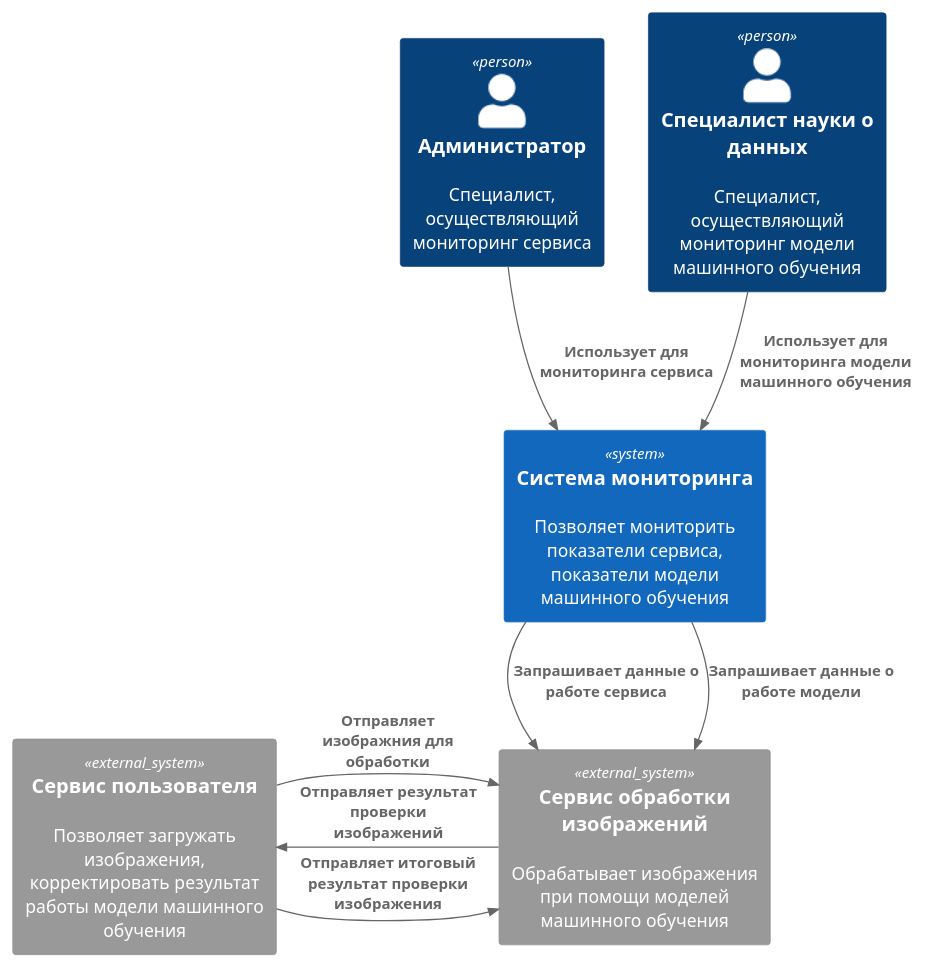
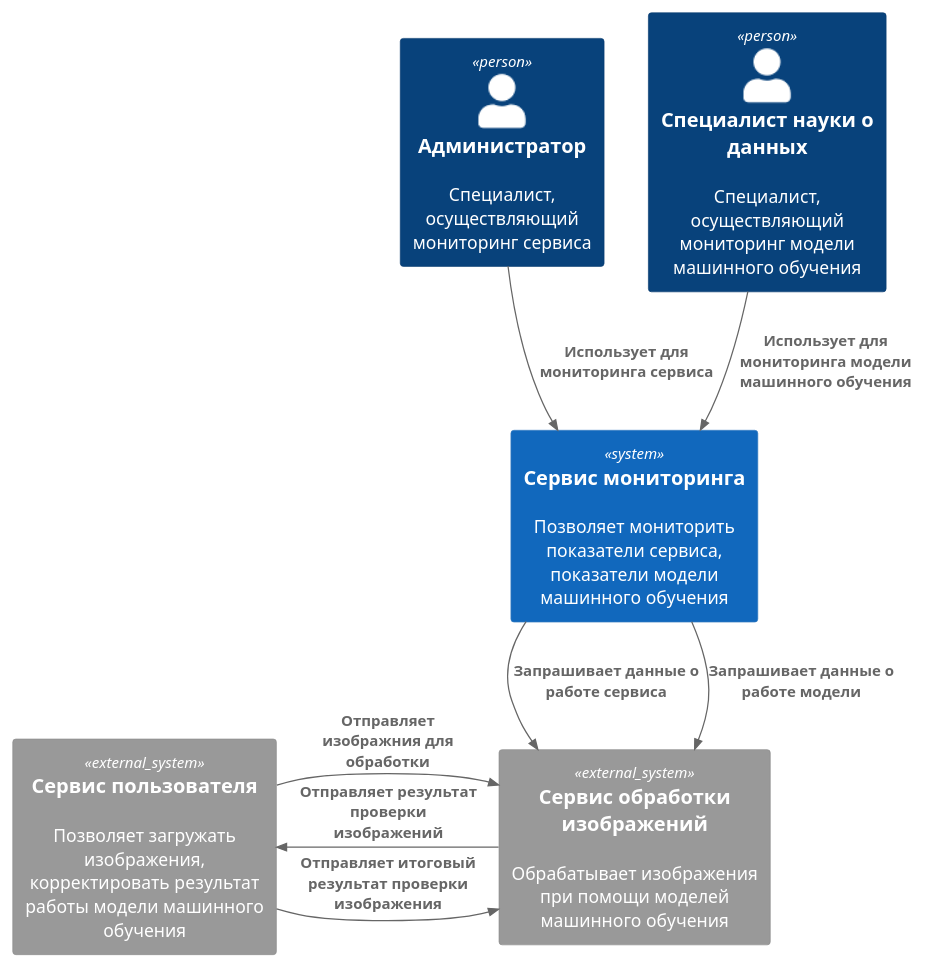
The diagram in docs/C4/puml/Context.puml (Dushenin/monitoring-ml-kafka), drawn with PlantUML before and after one commit. The commit also changed 2 other files, not shown here.

```diff
--- a/docs/C4/puml/Context.puml
+++ b/docs/C4/puml/Context.puml
@@ -1,25 +1,25 @@
 @startuml "c4_context_image_service"
 !include ../../libs/C4_Context.puml
 
 ' LAYOUT_WITH_LEGEND()
 
 ' title Контекстная диаграмма системы мониторинга информационно-технологического сервиса обработки изображений
 
 Person(admin, "Администратор", "Специалист, осуществляющий мониторинг сервиса")
 Person(data_scientist, "Специалист науки о данных", "Специалист, осуществляющий мониторинг модели машинного обучения")
 
-System(service_ml_monitoring_system, "Система мониторинга", "Позволяет мониторить показатели сервиса, показатели модели машинного обучения")
+System(service_ml_monitoring_system, "Сервис мониторинга", "Позволяет мониторить показатели сервиса, показатели модели машинного обучения")
 
 System_Ext(ml_service, "Сервис обработки изображений", "Обрабатывает изображения при помощи моделей машинного обучения")
 System_Ext(service_1, "Сервис пользователя", "Позволяет загружать изображения, корректировать результат работы модели машинного обучения")
 
 Rel(admin, service_ml_monitoring_system, "Использует для мониторинга сервиса")
 Rel(data_scientist, service_ml_monitoring_system, "Использует для мониторинга модели машинного обучения")
 
 Rel_D(service_ml_monitoring_system, ml_service, "Запрашивает данные о работе сервиса")
 Rel_D(service_ml_monitoring_system, ml_service, "Запрашивает данные о работе модели")
 
 Rel_Neighbor(service_1, ml_service, "Отправляет изображния для обработки")
 Rel_Neighbor(ml_service, service_1, "Отправляет результат проверки изображений")
 Rel_Neighbor(service_1, ml_service, "Отправляет итоговый результат проверки изображения")
 @enduml
```
